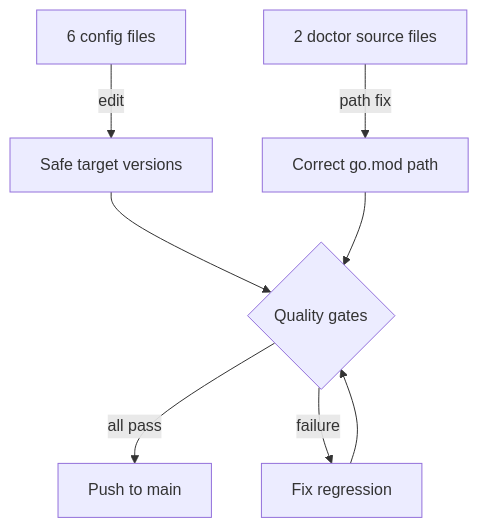
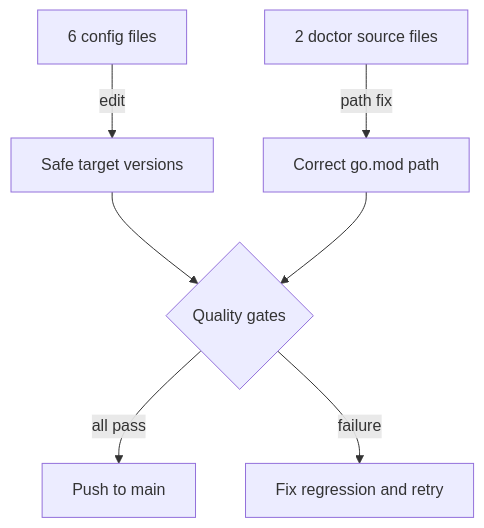
The diagram in plans/done/2026-05-27__update-toolchain-versions/tech-docs.md (wahidyankf/ose-primer), drawn with Mermaid before and after one commit.

Commit message:
fix(plans): remove mermaid cycle in tech-docs to satisfy width constraint
Remove G→E back-edge that caused span=5 (max 4). Relabel G to
'Fix regression and retry' to preserve semantics without a cycle.

````diff
--- a/plans/done/2026-05-27__update-toolchain-versions/tech-docs.md
+++ b/plans/done/2026-05-27__update-toolchain-versions/tech-docs.md
@@ -8,10 +8,9 @@
 ```mermaid
 flowchart TD
     A[6 config files] -->|edit| B[Safe target versions]
     C[2 doctor source files] -->|path fix| D[Correct go.mod path]
     B --> E{Quality gates}
     D --> E
     E -->|all pass| F[Push to main]
-    E -->|failure| G[Fix regression]
-    G --> E
+    E -->|failure| G[Fix regression and retry]
 ```
````
